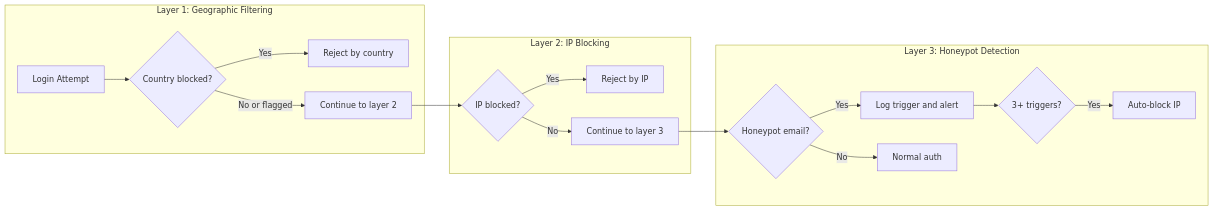
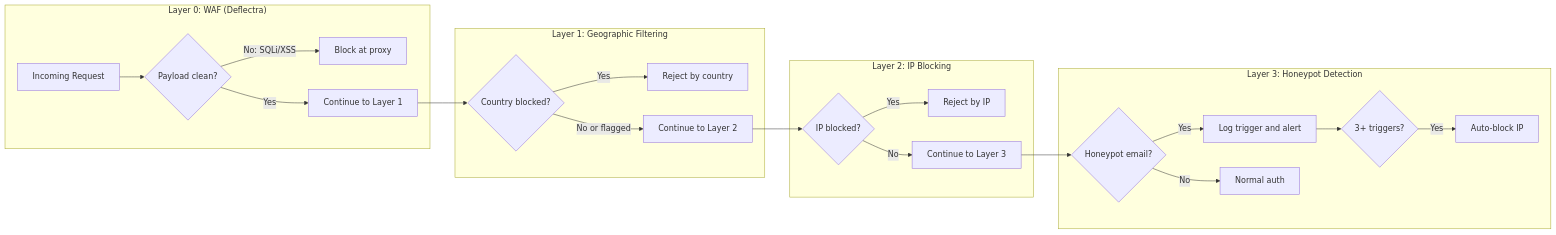
Before and after one commit to ritvikindupuri/ritvik-portfolio: the fifth of 12 diagrams in TECHNICAL_DOCUMENTATION.md, drawn with Mermaid. The commit also changed other lines of this file, not shown here.

Commit message:
Integrate Deflectra WAF proxy

````diff
--- a/TECHNICAL_DOCUMENTATION.md
+++ b/TECHNICAL_DOCUMENTATION.md
@@ -2511,22 +2511,28 @@
 ```mermaid
 flowchart LR
+    subgraph Layer0["Layer 0: WAF (Deflectra)"]
+        Z[Incoming Request] --> Z1{Payload clean?}
+        Z1 -->|No: SQLi/XSS| Z2[Block at proxy]
+        Z1 -->|Yes| A[Continue to Layer 1]
+    end
+
     subgraph Layer1["Layer 1: Geographic Filtering"]
-        A[Login Attempt] --> B{Country blocked?}
+        A --> B{Country blocked?}
         B -->|Yes| C[Reject by country]
-        B -->|No or flagged| D[Continue to layer 2]
+        B -->|No or flagged| D[Continue to Layer 2]
     end
 
     subgraph Layer2["Layer 2: IP Blocking"]
         D --> E{IP blocked?}
         E -->|Yes| F[Reject by IP]
-        E -->|No| G[Continue to layer 3]
+        E -->|No| G[Continue to Layer 3]
     end
 
     subgraph Layer3["Layer 3: Honeypot Detection"]
         G --> H{Honeypot email?}
         H -->|Yes| I[Log trigger and alert]
         I --> J{3+ triggers?}
         J -->|Yes| K[Auto-block IP]
         H -->|No| L[Normal auth]
     end
 ```
````
